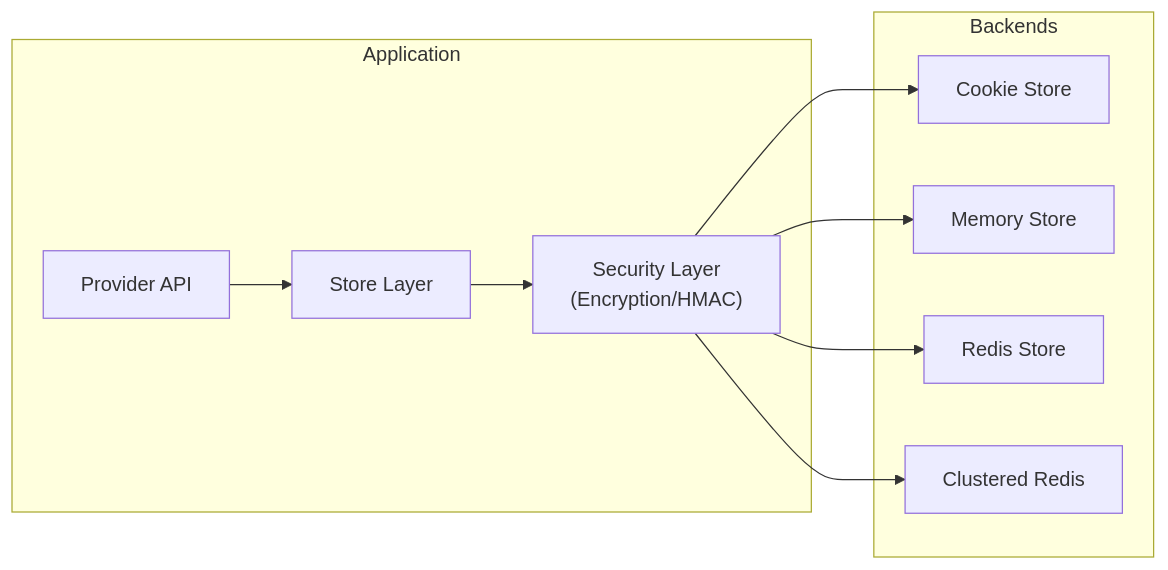
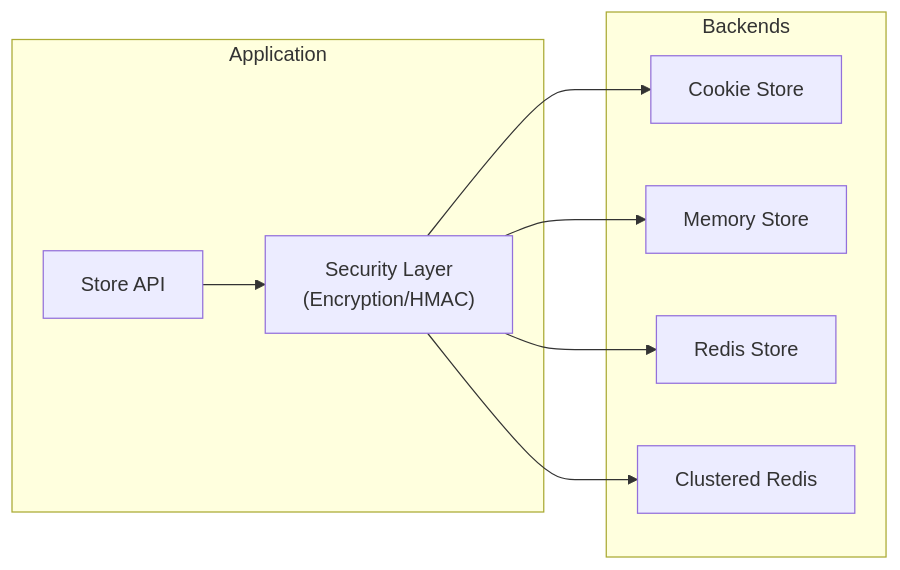
Before and after one commit to azutoolkit/session: the diagram in docs/README.md, drawn with Mermaid. The commit also changed other lines of this file and 26 other files, not shown here.

First line of the commit message:
Refactor session configuration to use `store` instead of `provider`

````diff
--- a/docs/README.md
+++ b/docs/README.md
@@ -65,22 +63,20 @@
 ```mermaid
 flowchart LR
     subgraph Application
-        Provider["Provider API"]
-        Store["Store Layer"]
+        Store["Store API"]
         Security["Security Layer<br/>(Encryption/HMAC)"]
     end
 
     subgraph Backends
         Cookie["Cookie Store"]
         Memory["Memory Store"]
         Redis["Redis Store"]
         Cluster["Clustered Redis"]
     end
 
-    Provider --> Store
     Store --> Security
     Security --> Cookie
     Security --> Memory
     Security --> Redis
     Security --> Cluster
 ```
````
